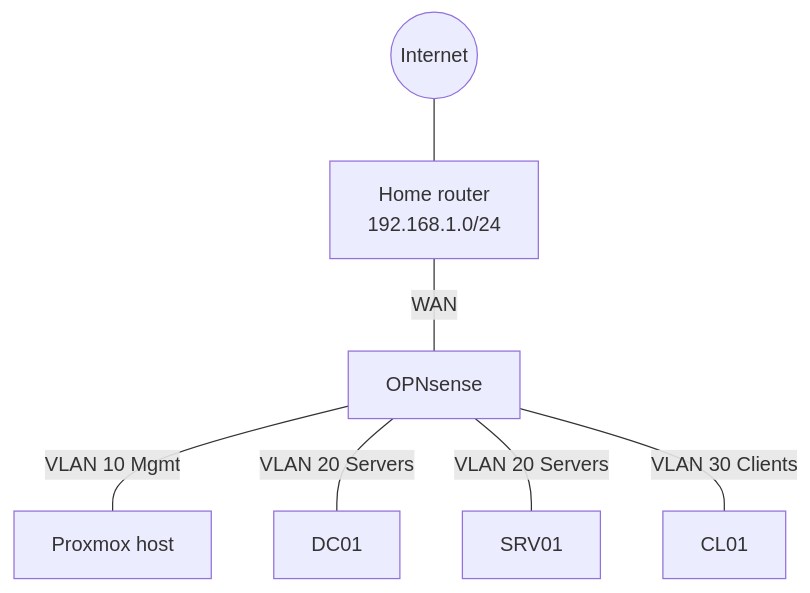
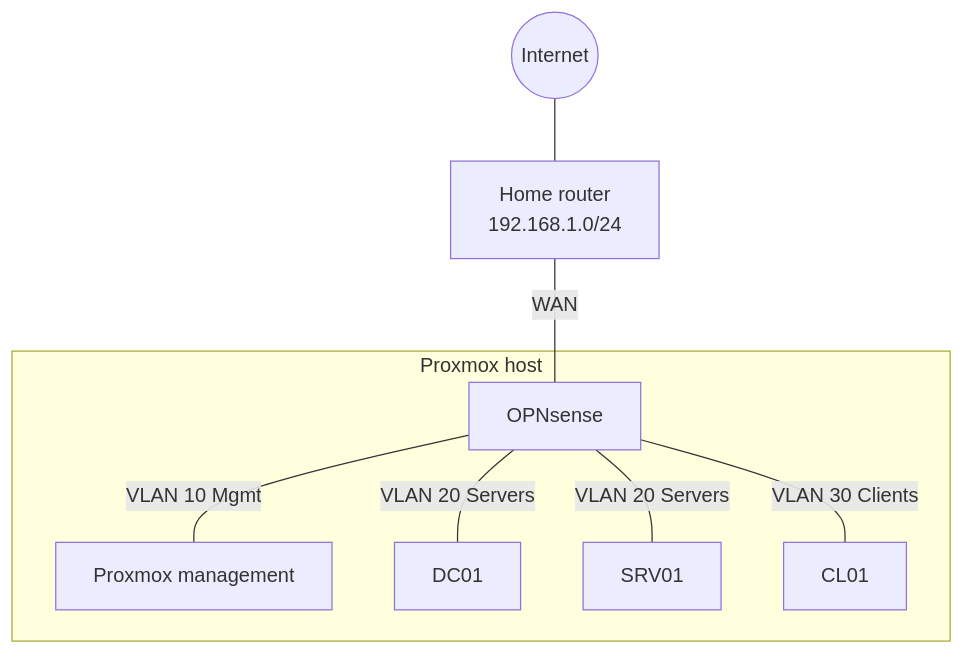
One commit to FMaged/lab changed the diagram in README.md. Above: the diagram before and after it, drawn with Mermaid. The commit also changed other lines of this file, not shown here.

Commit message:
docs: Fix the README diagram's host structure and narrow a status claim.

````diff
--- a/README.md
+++ b/README.md
@@ -17,9 +17,18 @@
 ```mermaid
 flowchart TB
     internet(("Internet")) --- home["Home router<br/>192.168.1.0/24"]
-    home -- WAN --- opn["OPNsense"]
-    opn -- VLAN 10 Mgmt --- proxmox["Proxmox host"]
-    opn -- VLAN 20 Servers --- dc01["DC01"]
-    opn -- VLAN 20 Servers --- srv01["SRV01"]
-    opn -- VLAN 30 Clients --- cl01["CL01"]
+    home -- WAN --- opn
+
+    subgraph host["Proxmox host"]
+        opn["OPNsense"]
+        pve["Proxmox management"]
+        dc01["DC01"]
+        srv01["SRV01"]
+        cl01["CL01"]
+    end
+
+    opn -- "VLAN 10 Mgmt" --- pve
+    opn -- "VLAN 20 Servers" --- dc01
+    opn -- "VLAN 20 Servers" --- srv01
+    opn -- "VLAN 30 Clients" --- cl01
 ```
````
